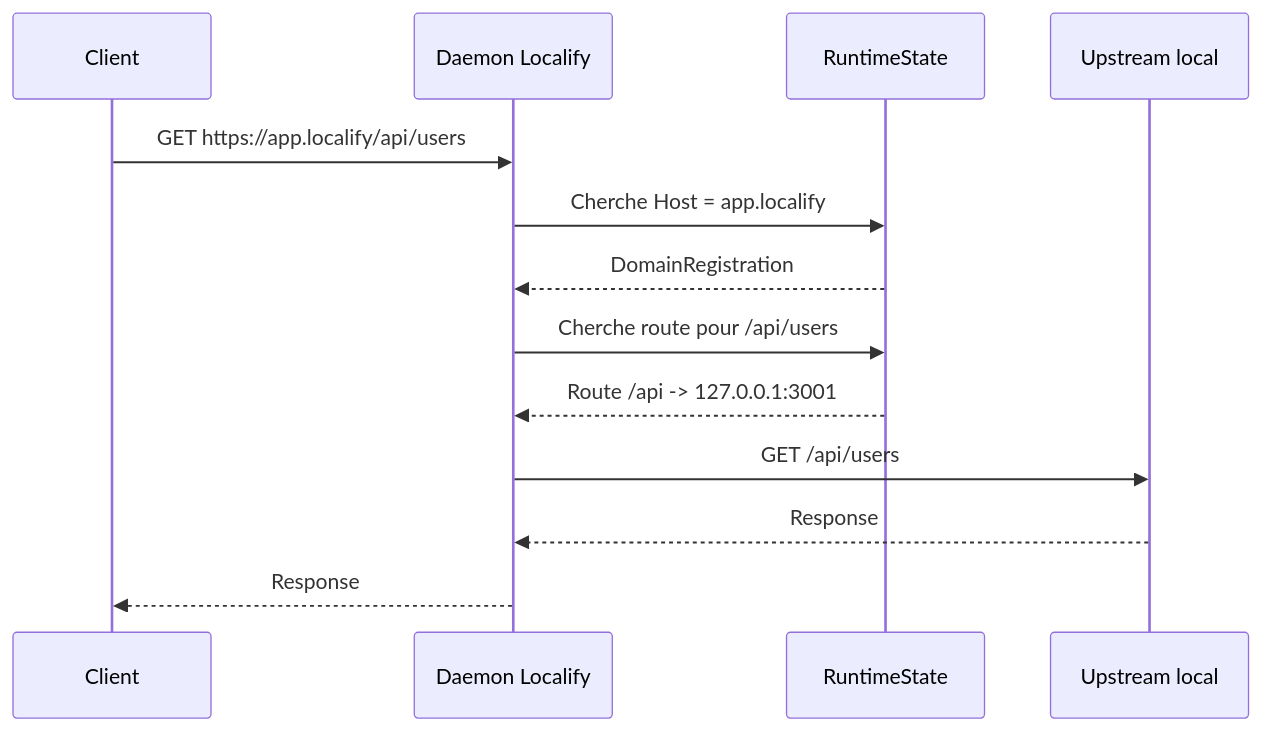
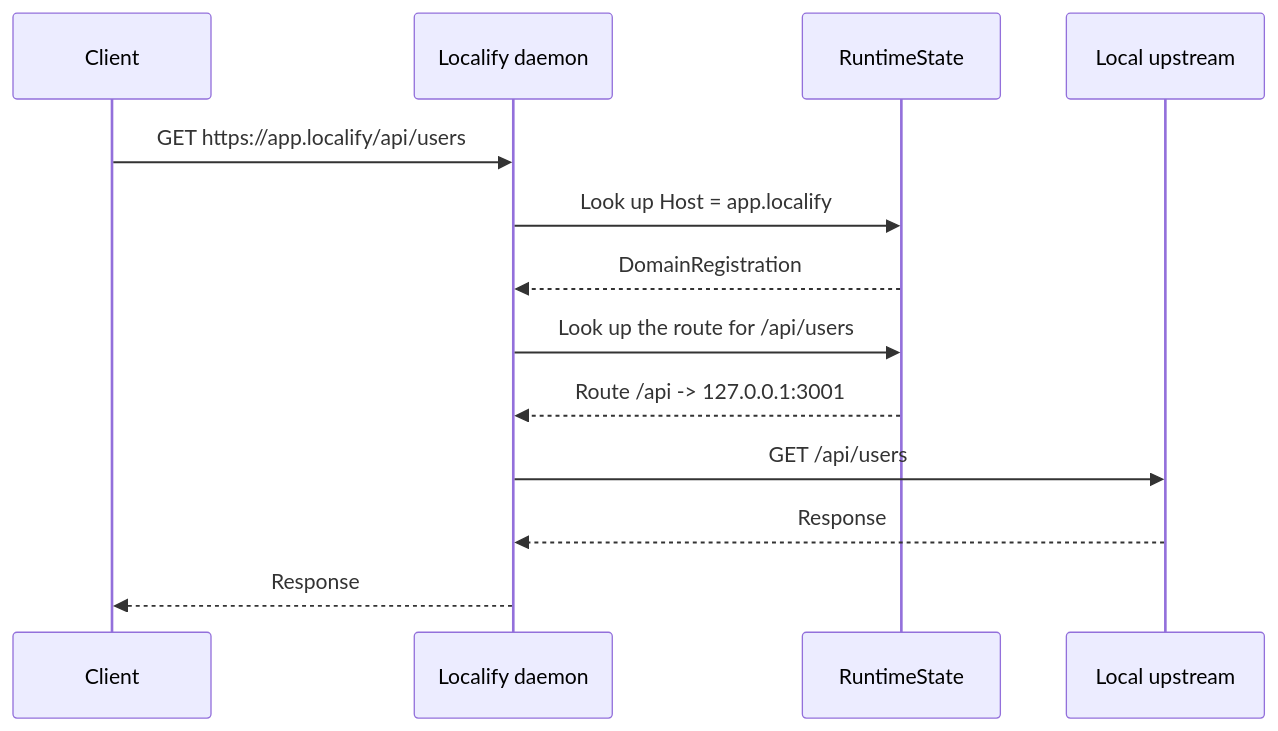
One commit to Synapsr/Localify changed the fourth of 7 diagrams in docs/localify-technical-overview.md. Above: the diagram before and after it, drawn with Mermaid. The commit also changed other lines of this file and 5 other files, not shown here.

````diff
--- a/docs/localify-technical-overview.md
+++ b/docs/localify-technical-overview.md
@@ -154,16 +178,16 @@
 ```mermaid
 sequenceDiagram
   participant C as Client
-  participant D as Daemon Localify
+  participant D as Localify daemon
   participant R as RuntimeState
-  participant U as Upstream local
+  participant U as Local upstream
 
   C->>D: GET https://app.localify/api/users
-  D->>R: Cherche Host = app.localify
+  D->>R: Look up Host = app.localify
   R-->>D: DomainRegistration
-  D->>R: Cherche route pour /api/users
+  D->>R: Look up the route for /api/users
   R-->>D: Route /api -> 127.0.0.1:3001
   D->>U: GET /api/users
   U-->>D: Response
   D-->>C: Response
 ```
````
